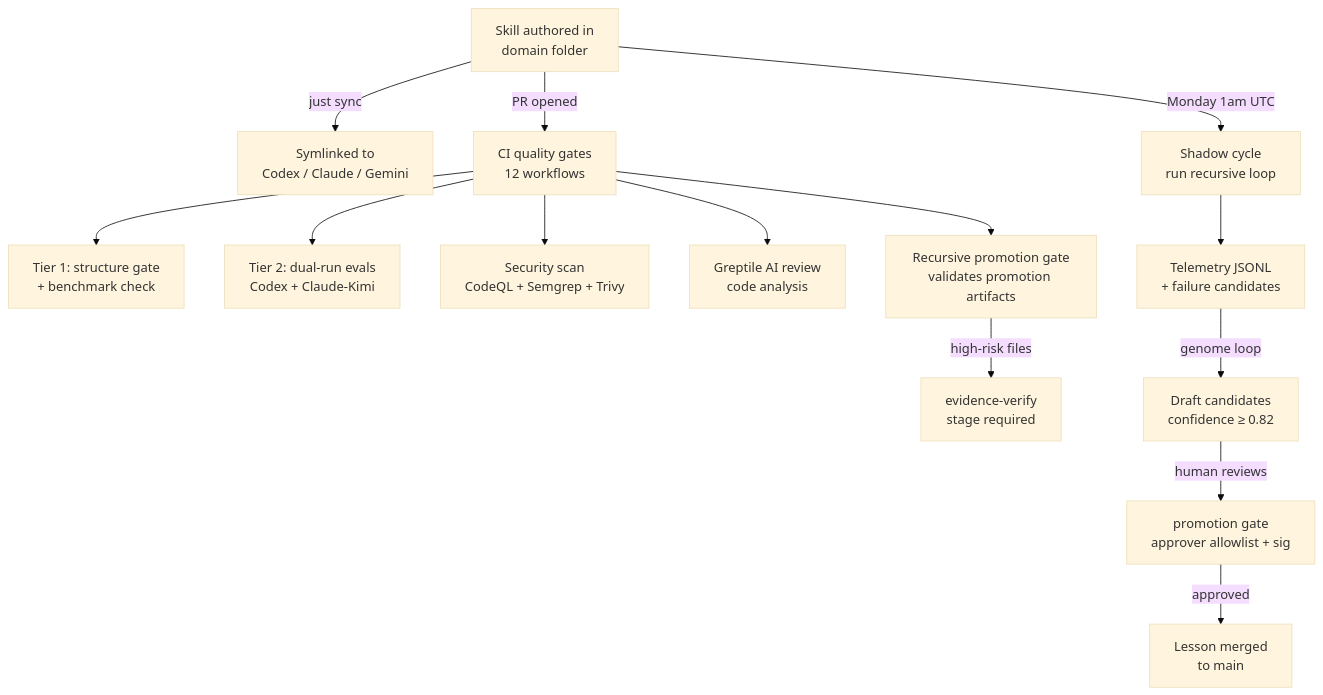
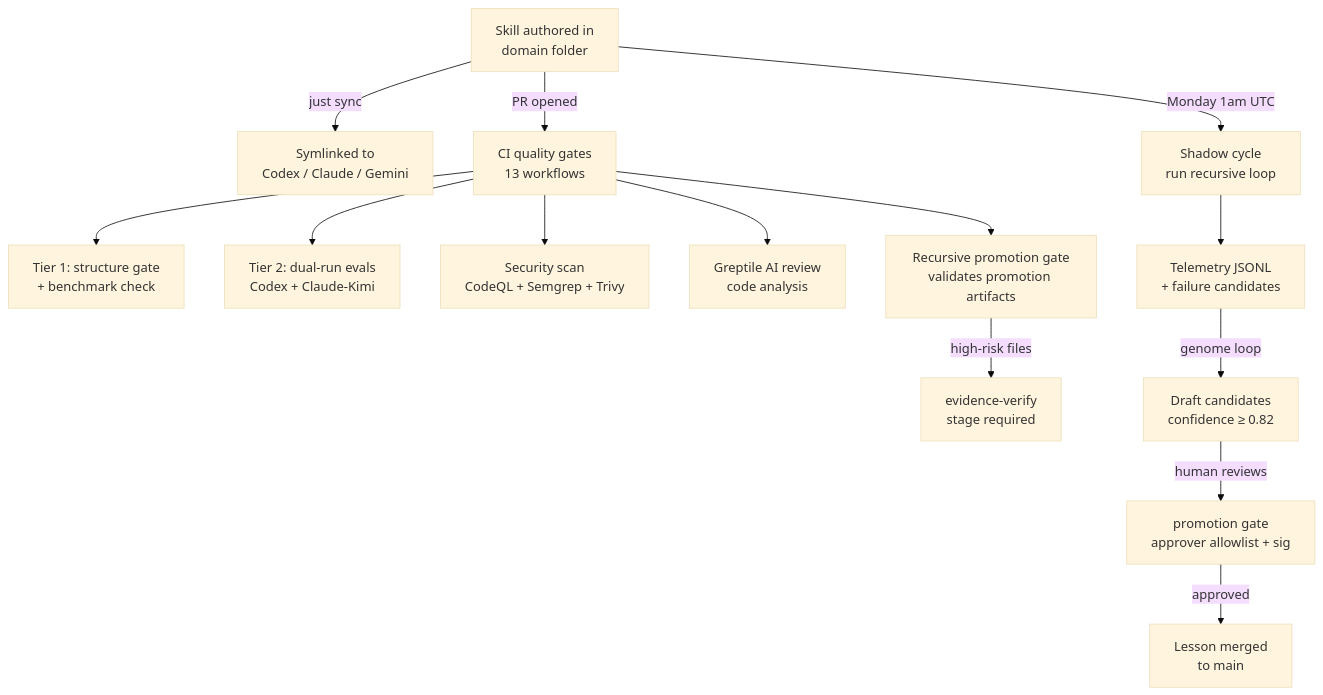
Before and after one commit to jscraik/Agent-Skills: the diagram in README.md, drawn with Mermaid (base theme). The commit also changed other lines of this file and 1542 other files, not shown here.

````diff
--- a/README.md
+++ b/README.md
@@ -203,16 +206,16 @@
 ```mermaid
 graph TD
     A["Skill authored in\ndomain folder"] -->|"just sync"| B["Symlinked to\nCodex / Claude / Gemini"]
-    A -->|"PR opened"| C["CI quality gates\n12 workflows"]
+    A -->|"PR opened"| C["CI quality gates\n13 workflows"]
     C --> D["Tier 1: structure gate\n+ benchmark check"]
     C --> E["Tier 2: dual-run evals\nCodex + Claude-Kimi"]
     C --> F["Security scan\nCodeQL + Semgrep + Trivy"]
     C --> G["Greptile AI review\ncode analysis"]
     A -->|"Monday 1am UTC"| H["Shadow cycle\nrun recursive loop"]
     H --> I["Telemetry JSONL\n+ failure candidates"]
     I -->|"genome loop"| J["Draft candidates\nconfidence ≥ 0.82"]
     J -->|"human reviews"| K["promotion gate\napprover allowlist + sig"]
     K -->|"approved"| L["Lesson merged\nto main"]
     C --> M["Recursive promotion gate\nvalidates promotion artifacts"]
     M -->|"high-risk files"| N["evidence-verify\nstage required"]
 ```
````
